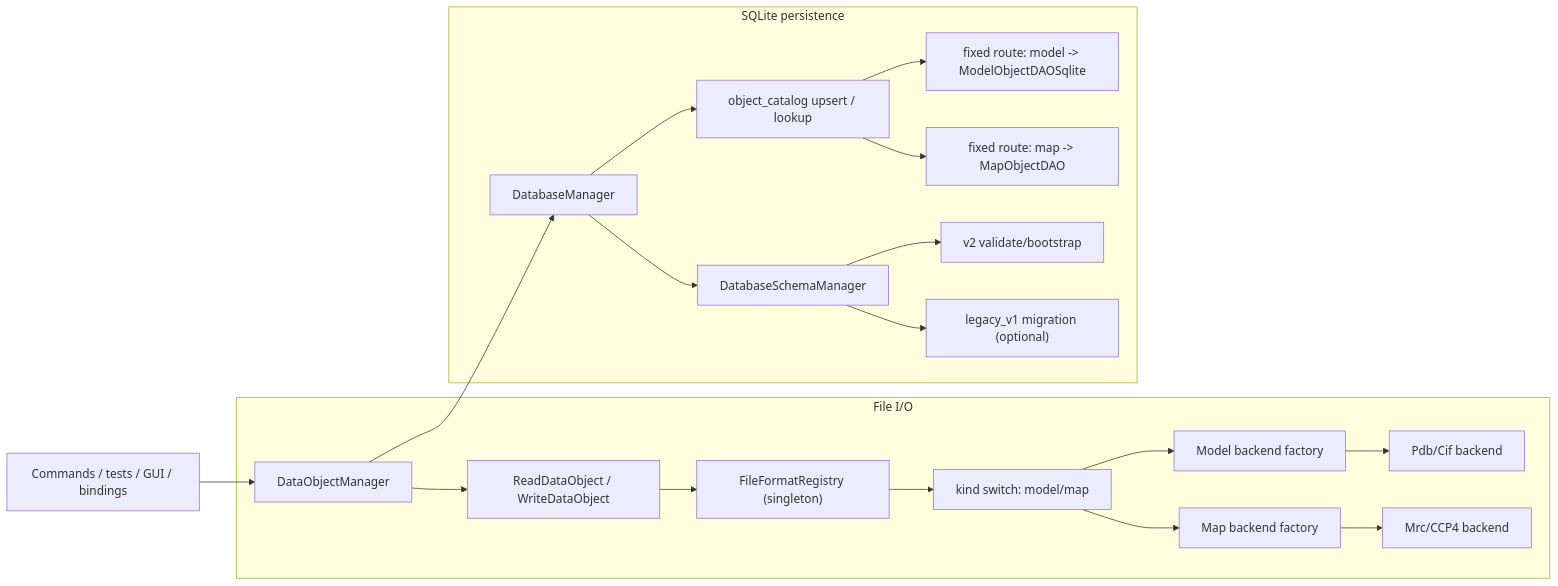
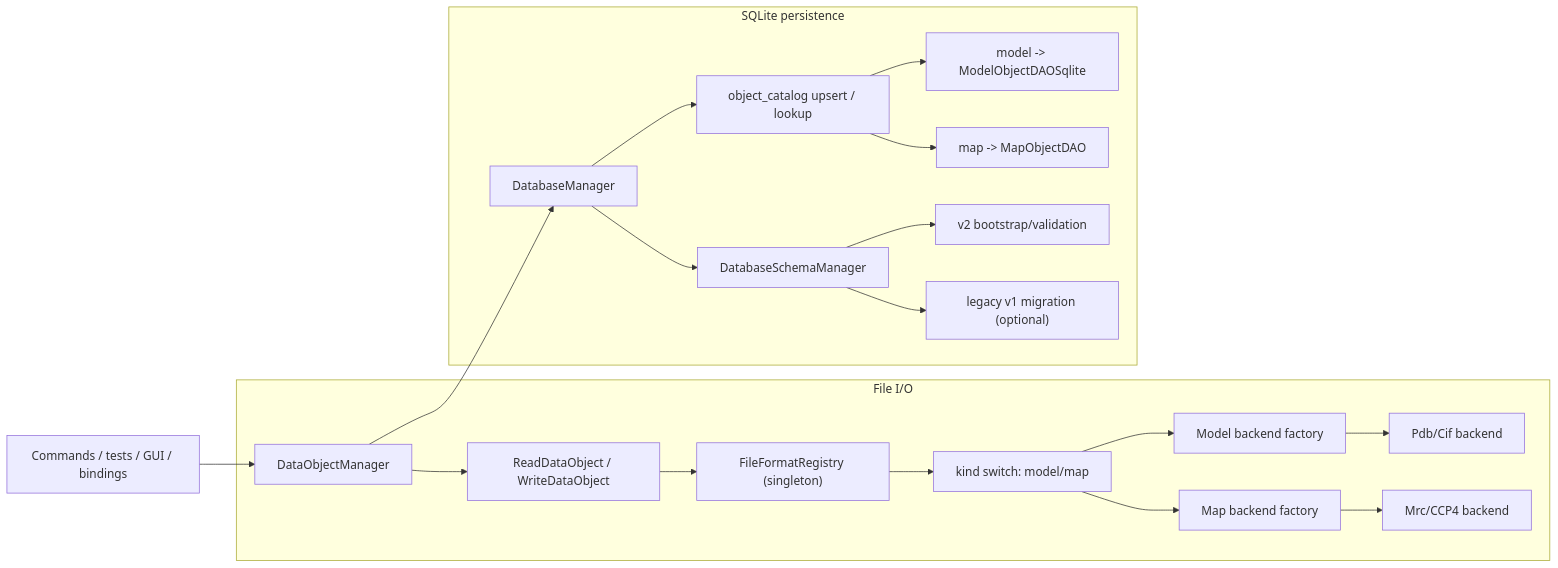
The diagram in docs/developer/architecture/dataobject-io-architecture.md (yslianTim/rhbm_gem), drawn with Mermaid before and after one commit. The commit also changed other lines of this file and 2 other files, not shown here.

````diff
--- a/docs/developer/architecture/dataobject-io-architecture.md
+++ b/docs/developer/architecture/dataobject-io-architecture.md
@@ -35,24 +35,24 @@
 ```mermaid
 flowchart LR
     A["Commands / tests / GUI / bindings"] --> B["DataObjectManager"]
 
     subgraph F["File I/O"]
       B --> C["ReadDataObject / WriteDataObject"]
       C --> D["FileFormatRegistry (singleton)"]
       D --> E["kind switch: model/map"]
       E --> F1["Model backend factory"]
       E --> F2["Map backend factory"]
       F1 --> G1["Pdb/Cif backend"]
       F2 --> G2["Mrc/CCP4 backend"]
     end
 
     subgraph P["SQLite persistence"]
       B --> H["DatabaseManager"]
       H --> I["object_catalog upsert / lookup"]
-      I --> J["fixed route: model -> ModelObjectDAOSqlite"]
-      I --> K["fixed route: map -> MapObjectDAO"]
+      I --> J["model -> ModelObjectDAOSqlite"]
+      I --> K["map -> MapObjectDAO"]
       H --> L["DatabaseSchemaManager"]
-      L --> M["v2 validate/bootstrap"]
-      L --> N["legacy_v1 migration (optional)"]
+      L --> M["v2 bootstrap/validation"]
+      L --> N["legacy v1 migration (optional)"]
     end
 ```
````
